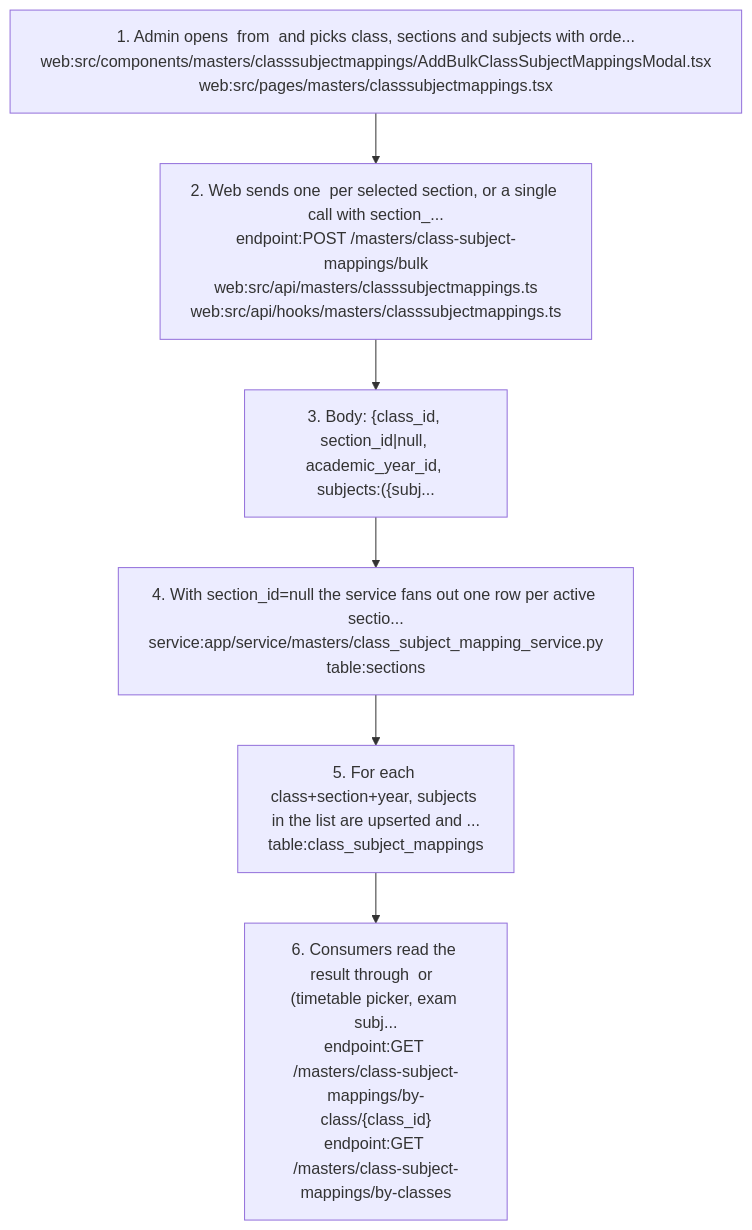
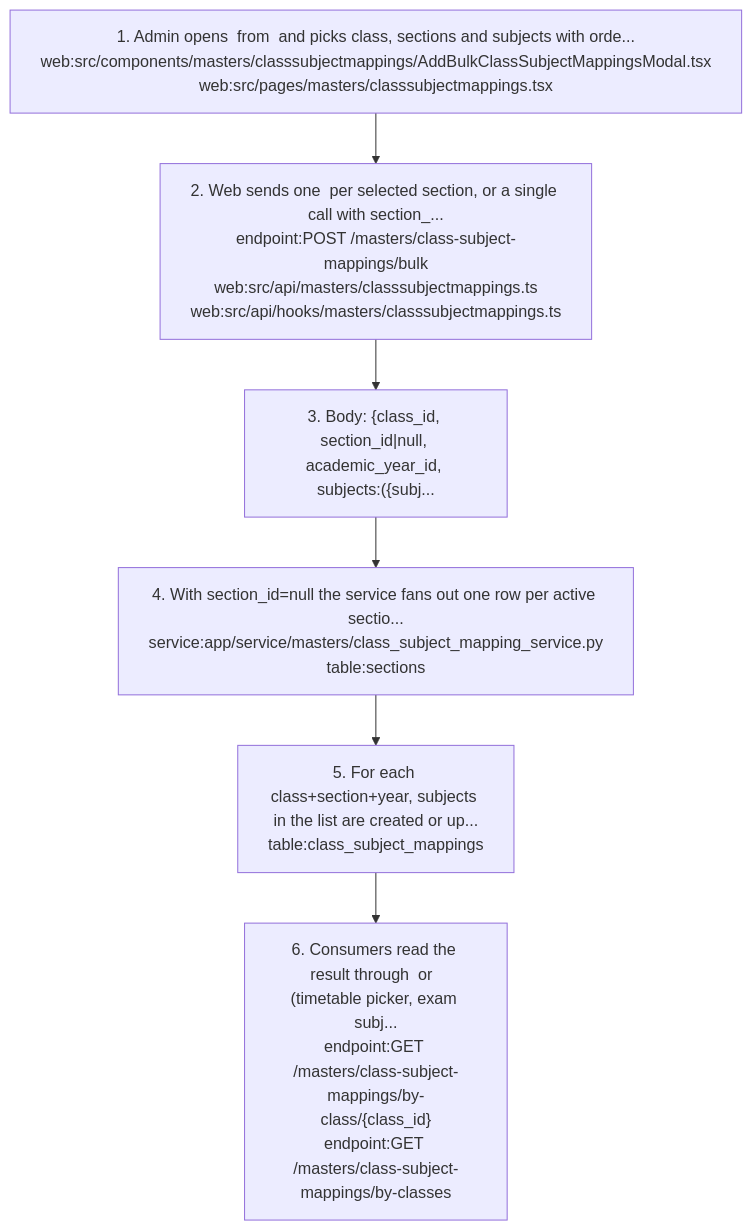
The fourth of 9 diagrams in docs/graph/views/masters.md (nerellasraj21/cos360_full_app), drawn with Mermaid before and after one commit. The commit also changed other lines of this file and 44 other files, not shown here.

First line of the commit message:
Re-verify project docs and knowledge graph against current code

````diff
--- a/docs/graph/views/masters.md
+++ b/docs/graph/views/masters.md
@@ -244,14 +245,14 @@
 ```mermaid
 flowchart TD
   s1["1. Admin opens  from  and picks class, sections and subjects with orde...<br/>web:src/components/masters/classsubjectmappings/AddBulkClassSubjectMappingsModal.tsx<br/>web:src/pages/masters/classsubjectmappings.tsx"]
   s2["2. Web sends one  per selected section, or a single call with section_...<br/>endpoint:POST /masters/class-subject-mappings/bulk<br/>web:src/api/masters/classsubjectmappings.ts<br/>web:src/api/hooks/masters/classsubjectmappings.ts"]
   s1 --> s2
   s3["3. Body: {class_id, section_id|null, academic_year_id, subjects:({subj..."]
   s2 --> s3
   s4["4. With section_id=null the service fans out one row per active sectio...<br/>service:app/service/masters/class_subject_mapping_service.py<br/>table:sections"]
   s3 --> s4
-  s5["5. For each class+section+year, subjects in the list are upserted and ...<br/>table:class_subject_mappings"]
+  s5["5. For each class+section+year, subjects in the list are created or up...<br/>table:class_subject_mappings"]
   s4 --> s5
   s6["6. Consumers read the result through  or  (timetable picker, exam subj...<br/>endpoint:GET /masters/class-subject-mappings/by-class/{class_id}<br/>endpoint:GET /masters/class-subject-mappings/by-classes"]
   s5 --> s6
 ```
````
